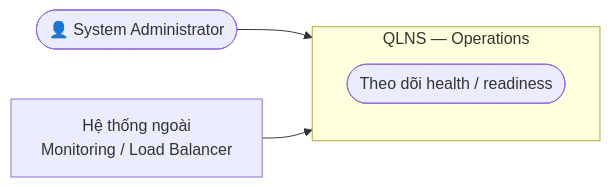
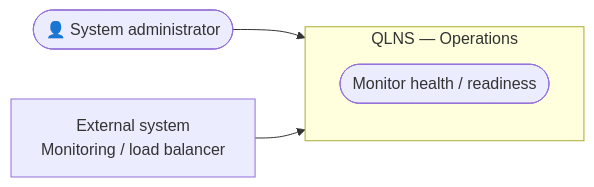
One commit to nvdat16/QLNS changed the fifth of 6 diagrams in docs/use_cases.md. Above: the diagram before and after it, drawn with Mermaid. The commit also changed other lines of this file and 25 other files, not shown here.

````diff
--- a/docs/use_cases.md
+++ b/docs/use_cases.md
@@ -296,13 +296,13 @@
 ```mermaid
 flowchart LR
-    Admin(["👤 System Administrator"])
-    Monitor["Hệ thống ngoài<br/>Monitoring / Load Balancer"]
+    Admin(["👤 System administrator"])
+    Monitor["External system<br/>Monitoring / load balancer"]
 
     subgraph QLNS_OPS["QLNS — Operations"]
         direction TB
-        UC_HEALTH(["Theo dõi health / readiness"])
+        UC_HEALTH(["Monitor health / readiness"])
     end
 
     Admin --> UC_HEALTH
     Monitor --> UC_HEALTH
 ```
````
